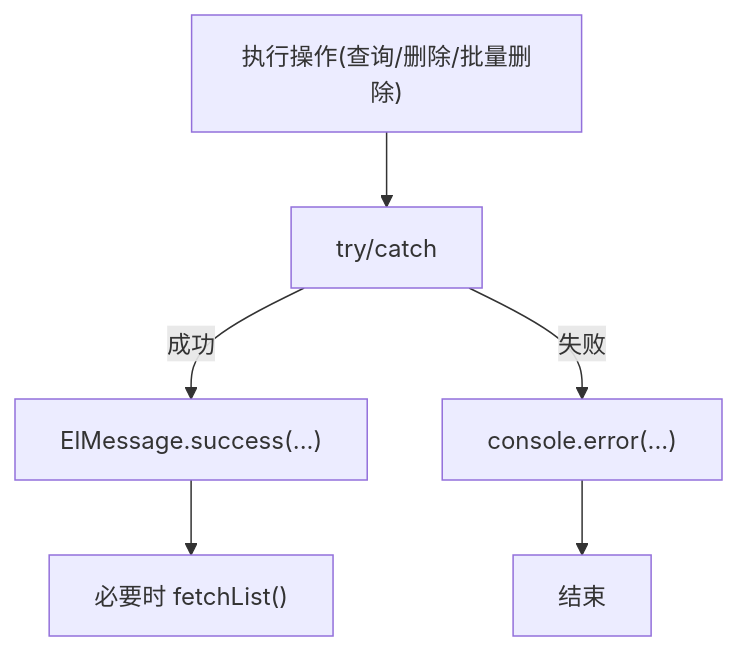
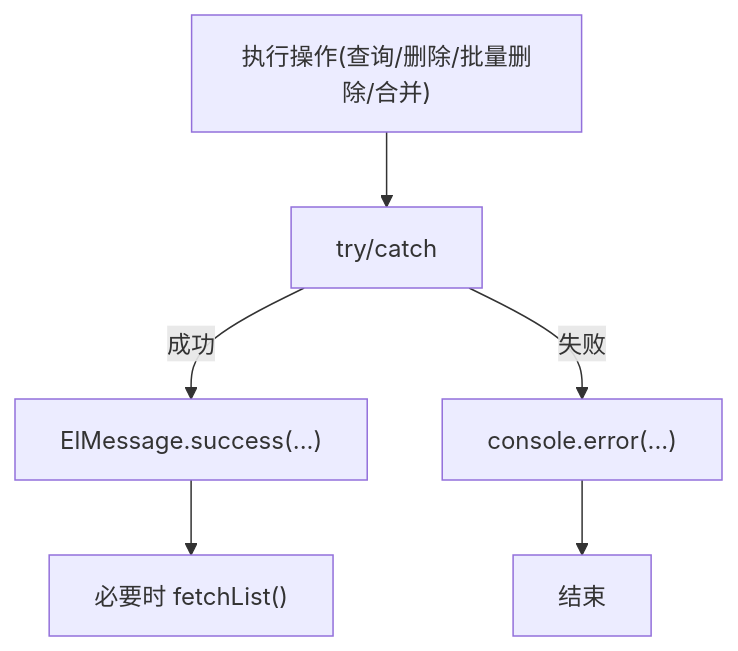
The eighth of 10 diagrams in .qoder/repowiki/zh/content/前端应用文档/核心页面/地块管理页面/地块列表页面.md (q446328246/agri-platform), drawn with Mermaid before and after one commit. The commit also changed other lines of this file and 52 other files, not shown here.

````diff
--- a/.qoder/repowiki/zh/content/前端应用文档/核心页面/地块管理页面/地块列表页面.md
+++ b/.qoder/repowiki/zh/content/前端应用文档/核心页面/地块管理页面/地块列表页面.md
@@ -258,8 +295,8 @@
 ```mermaid
 flowchart TD
-Op["执行操作(查询/删除/批量删除)"] --> Try["try/catch"]
+Op["执行操作(查询/删除/批量删除/合并)"] --> Try["try/catch"]
 Try --> |成功| Success["ElMessage.success(...)"]
 Try --> |失败| Log["console.error(...)"]
 Success --> Reload["必要时 fetchList()"]
 Log --> End["结束"]
 ```
````
